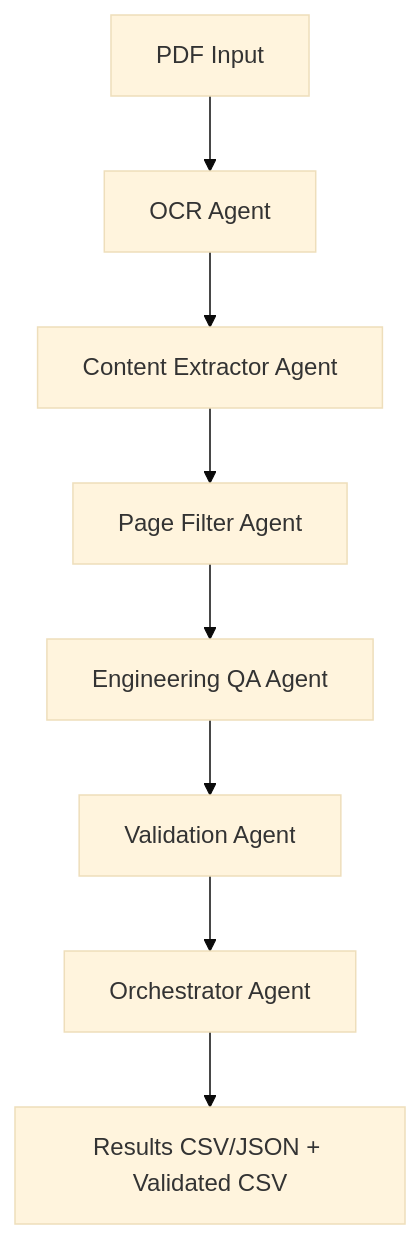
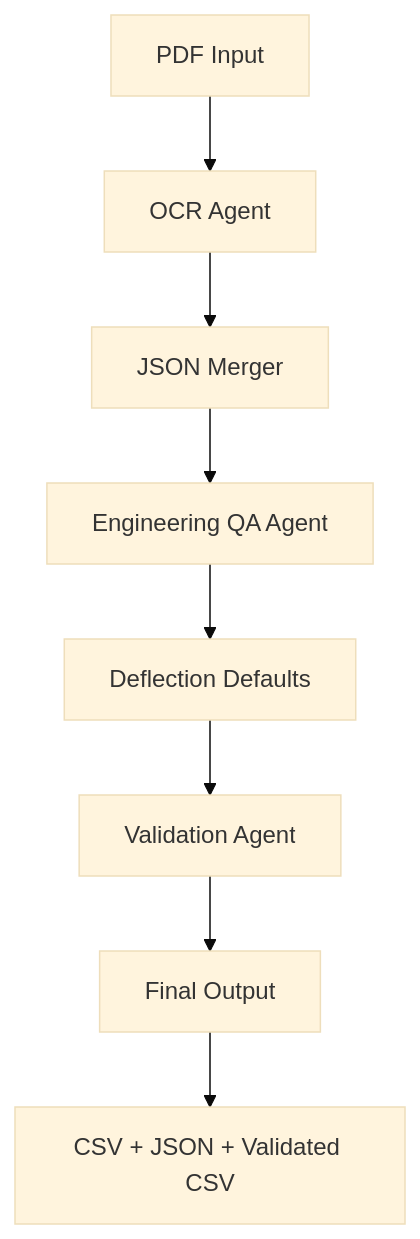
The diagram in README.md (ArmanBehnam/digestor), drawn with Mermaid (base theme) before and after one commit. The commit also changed other lines of this file and 136 other files, not shown here.

````diff
--- a/README.md
+++ b/README.md
@@ -6,10 +6,10 @@
-```mermaid
+```mermaid  
 graph TD
     A[PDF Input] --> B[OCR Agent]
-    B --> C[Content Extractor Agent] 
-    C --> D[Page Filter Agent]
-    D --> E[Engineering QA Agent]
-    E --> V[Validation Agent]
-    V --> F[Orchestrator Agent]
-    F --> G[Results CSV/JSON + Validated CSV]
-```
+    B --> C[JSON Merger]
+    C --> D[Engineering QA Agent]
+    D --> E[Deflection Defaults]
+    E --> F[Validation Agent]
+    F --> G[Final Output]
+    G --> H[CSV + JSON + Validated CSV]
+ ``` 
````
